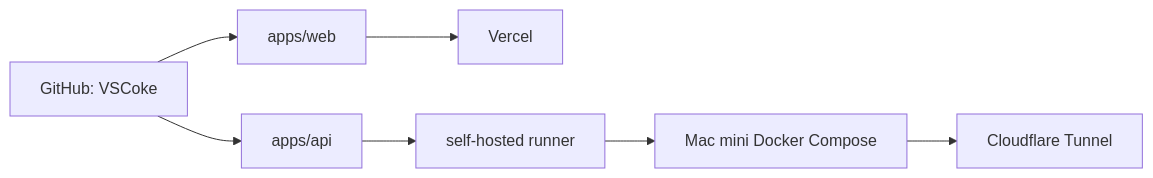
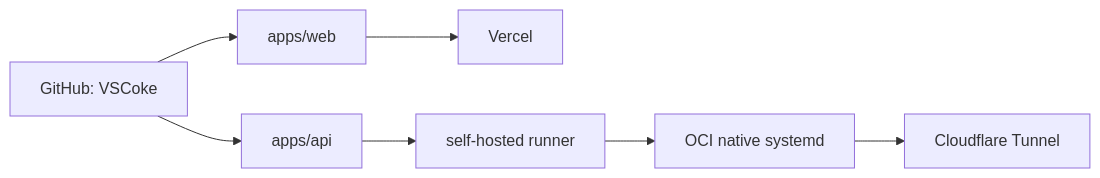
One commit to icecokel/VSCoke changed the diagram in docs/vscoke-monorepo-concept.md. Above: the diagram before and after it, drawn with Mermaid. The commit also changed other lines of this file and 33 other files, not shown here.

````diff
--- a/docs/vscoke-monorepo-concept.md
+++ b/docs/vscoke-monorepo-concept.md
@@ -94,13 +95,13 @@
 ```mermaid
 flowchart LR
   Repo["GitHub: VSCoke"]
   Web["apps/web"]
   Api["apps/api"]
   Vercel["Vercel"]
   Runner["self-hosted runner"]
-  Host["Mac mini Docker Compose"]
+  Host["OCI native systemd"]
   Tunnel["Cloudflare Tunnel"]
 
   Repo --> Web --> Vercel
   Repo --> Api --> Runner --> Host --> Tunnel
 ```
````
